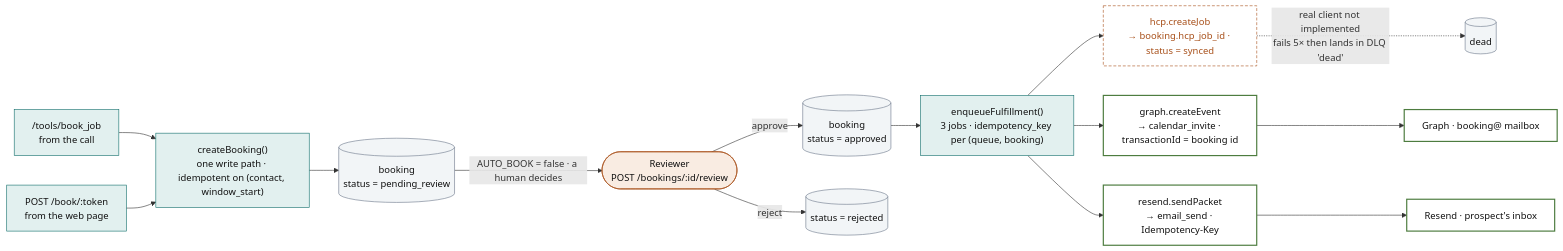
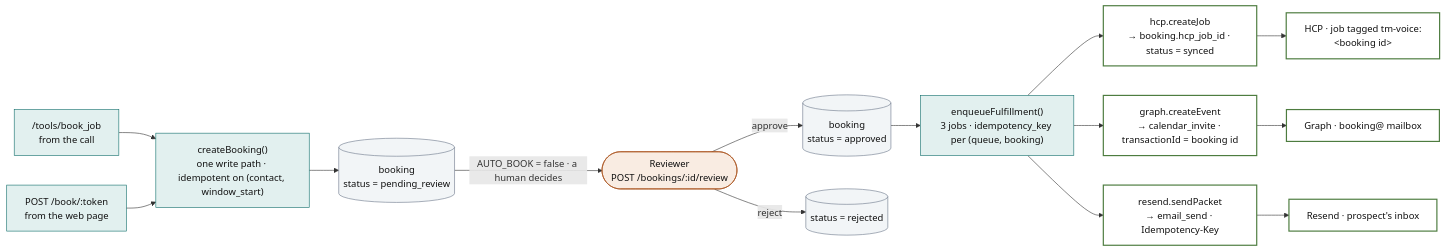
Before and after one commit to MAKaminski/tm-voice: the sixth of 7 diagrams in docs/ARCHITECTURE.md, drawn with Mermaid. The commit also changed other lines of this file and 7 other files, not shown here.

First line of the commit message:
feat(hcp): real Housecall Pro client — reads verified against the live account

````diff
--- a/docs/ARCHITECTURE.md
+++ b/docs/ARCHITECTURE.md
@@ -270,34 +270,34 @@
 ```mermaid
 flowchart LR
   classDef svc fill:#e2f0ef,stroke:#0e6d6a,color:#111
   classDef ok fill:#fff,stroke:#4d7c3f,stroke-width:2px,color:#111
   classDef gap fill:#fff,stroke:#a8501a,stroke-dasharray:5 3,color:#a8501a
   classDef store fill:#f2f5f7,stroke:#6b788a,color:#111
   classDef human fill:#f9ece2,stroke:#a8501a,color:#111
 
   a["/tools/book_job<br/>from the call"]:::svc
   b["POST /book/:token<br/>from the web page"]:::svc
   cb["createBooking()<br/>one write path · idempotent on (contact, window_start)"]:::svc
   bk[("booking<br/>status = pending_review")]:::store
   rv(["Reviewer<br/>POST /bookings/:id/review"]):::human
   ap[("booking<br/>status = approved")]:::store
   ef["enqueueFulfillment()<br/>3 jobs · idempotency_key per (queue, booking)"]:::svc
 
-  q1["hcp.createJob<br/>→ booking.hcp_job_id · status = synced"]:::gap
+  q1["hcp.createJob<br/>→ booking.hcp_job_id · status = synced"]:::ok
   q2["graph.createEvent<br/>→ calendar_invite · transactionId = booking id"]:::ok
   q3["resend.sendPacket<br/>→ email_send · Idempotency-Key"]:::ok
 
   a --> cb
   b --> cb
   cb --> bk
   bk -->|"AUTO_BOOK = false · a human decides"| rv
   rv -->|"approve"| ap
   rv -->|"reject"| rj[("status = rejected")]:::store
   ap --> ef
   ef --> q1
   ef --> q2
   ef --> q3
-  q1 -.->|"real client not implemented<br/>fails 5× then lands in DLQ 'dead'"| dlq[("dead")]:::store
+  q1 --> hc["HCP · job tagged tm-voice:&lt;booking id&gt;"]:::ok
   q2 --> gr["Graph · booking@ mailbox"]:::ok
   q3 --> rs["Resend · prospect's inbox"]:::ok
 ```
````
